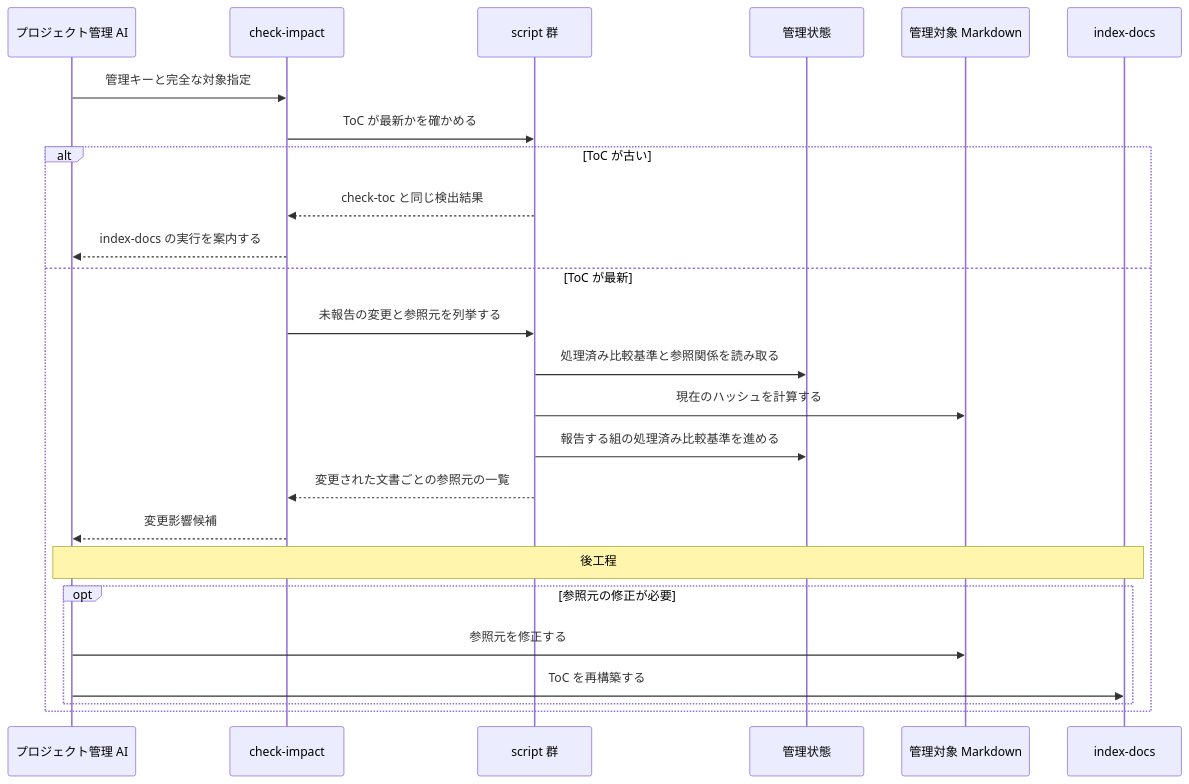
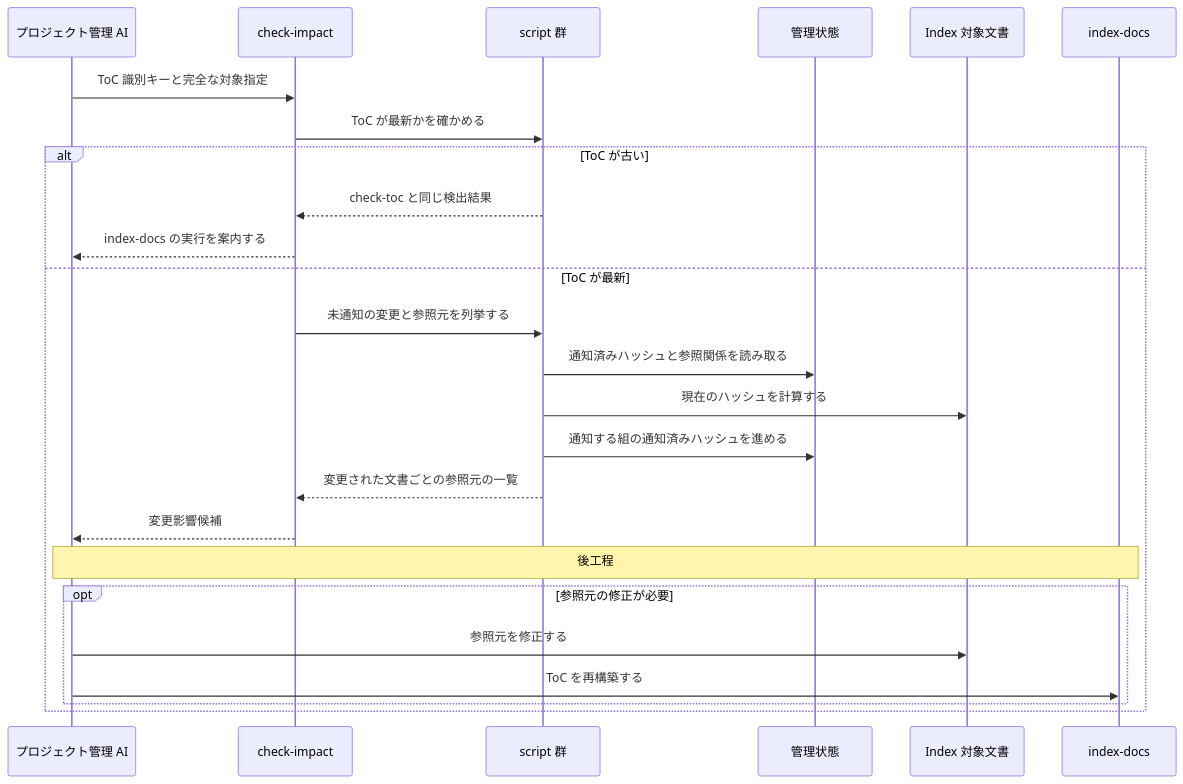
Before and after one commit to BlueEventHorizon/doc-link: the eighth of 9 diagrams in docs/specs/design/DES-010_skill-composition.md, drawn with Mermaid. The commit also changed other lines of this file and 23 other files, not shown here.

````diff
--- a/docs/specs/design/DES-010_skill-composition.md
+++ b/docs/specs/design/DES-010_skill-composition.md
@@ -324,28 +329,28 @@
 ```mermaid
 sequenceDiagram
     participant PM as プロジェクト管理 AI
     participant Skill as check-impact
     participant Scripts as script 群
     participant State as 管理状態
-    participant Docs as 管理対象 Markdown
+    participant Docs as Index 対象文書
     participant Index as index-docs
 
-    PM->>Skill: 管理キーと完全な対象指定
+    PM->>Skill: ToC 識別キーと完全な対象指定
     Skill->>Scripts: ToC が最新かを確かめる
     alt ToC が古い
         Scripts-->>Skill: check-toc と同じ検出結果
         Skill-->>PM: index-docs の実行を案内する
     else ToC が最新
-        Skill->>Scripts: 未報告の変更と参照元を列挙する
-        Scripts->>State: 処理済み比較基準と参照関係を読み取る
+        Skill->>Scripts: 未通知の変更と参照元を列挙する
+        Scripts->>State: 通知済みハッシュと参照関係を読み取る
         Scripts->>Docs: 現在のハッシュを計算する
-        Scripts->>State: 報告する組の処理済み比較基準を進める
+        Scripts->>State: 通知する組の通知済みハッシュを進める
         Scripts-->>Skill: 変更された文書ごとの参照元の一覧
         Skill-->>PM: 変更影響候補
         Note over PM,Index: 後工程
         opt 参照元の修正が必要
             PM->>Docs: 参照元を修正する
             PM->>Index: ToC を再構築する
         end
     end
 ```
````
